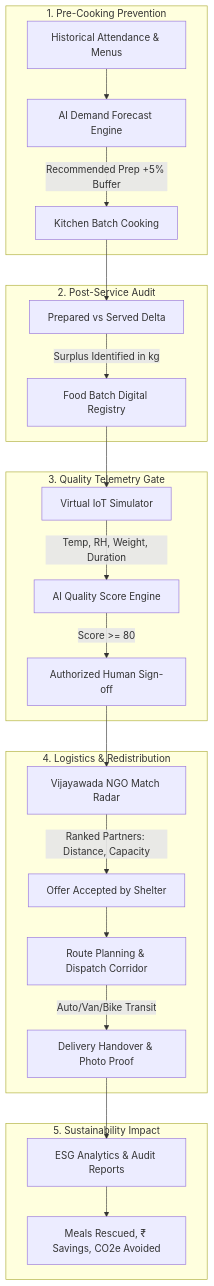
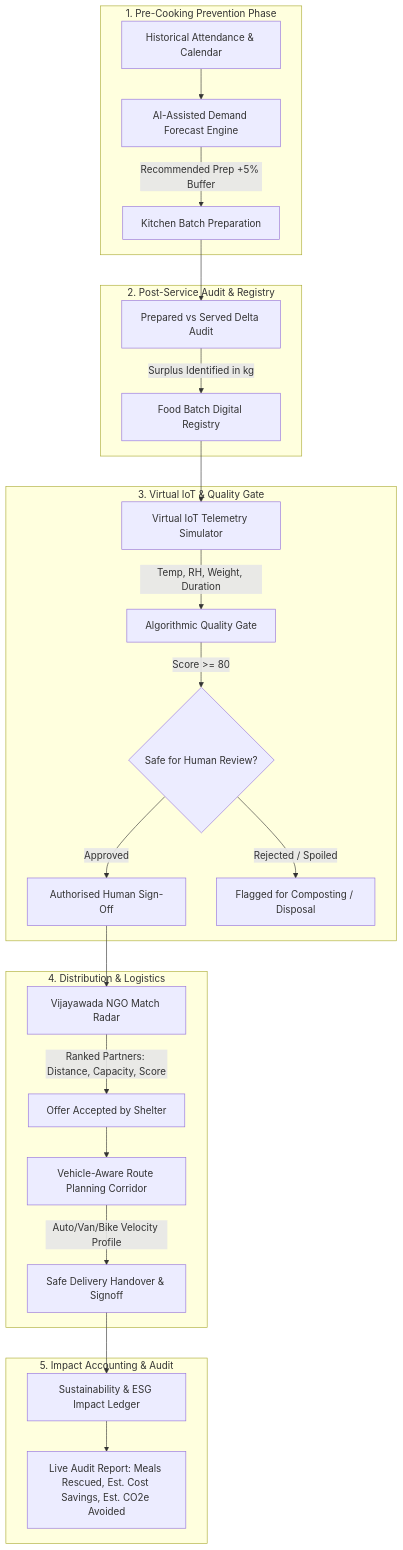
Before and after one commit to mahammedsathyala/SmartFood-Rescue-AI_SIH_2026: the diagram in README.md, drawn with Mermaid. The commit also changed other lines of this file and 18 other files, not shown here.

Commit message:
feat: align formulas, audit safety claims, and expand architecture in README

````diff
--- a/README.md
+++ b/README.md
@@ -56,30 +110,32 @@
 ```mermaid
 flowchart TD
-    subgraph STAGE1[1. Pre-Cooking Prevention]
-        A[Historical Attendance & Menus] --> B[AI Demand Forecast Engine]
-        B -->|Recommended Prep +5% Buffer| C[Kitchen Batch Cooking]
+    subgraph TIER1[1. Pre-Cooking Prevention Phase]
+        A[Historical Attendance & Calendar] --> B[AI-Assisted Demand Forecast Engine]
+        B -->|Recommended Prep +5% Buffer| C[Kitchen Batch Preparation]
     end
 
-    subgraph STAGE2[2. Post-Service Audit]
-        C --> D[Prepared vs Served Delta]
+    subgraph TIER2[2. Post-Service Audit & Registry]
+        C --> D[Prepared vs Served Delta Audit]
         D -->|Surplus Identified in kg| E[Food Batch Digital Registry]
     end
 
-    subgraph STAGE3[3. Quality Telemetry Gate]
-        E --> F[Virtual IoT Simulator]
-        F -->|Temp, RH, Weight, Duration| G[AI Quality Score Engine]
-        G -->|Score >= 80| H[Authorized Human Sign-off]
+    subgraph TIER3[3. Virtual IoT & Quality Gate]
+        E --> F[Virtual IoT Telemetry Simulator]
+        F -->|Temp, RH, Weight, Duration| G[Algorithmic Quality Gate]
+        G -->|Score >= 80| H{Safe for Human Review?}
+        H -->|Approved| I[Authorised Human Sign-Off]
+        H -->|Rejected / Spoiled| J[Flagged for Composting / Disposal]
     end
 
-    subgraph STAGE4[4. Logistics & Redistribution]
-        H --> I[Vijayawada NGO Match Radar]
-        I -->|Ranked Partners: Distance, Capacity| J[Offer Accepted by Shelter]
-        J --> K[Route Planning & Dispatch Corridor]
-        K -->|Auto/Van/Bike Transit| L[Delivery Handover & Photo Proof]
+    subgraph TIER4[4. Distribution & Logistics]
+        I --> K[Vijayawada NGO Match Radar]
+        K -->|Ranked Partners: Distance, Capacity, Score| L[Offer Accepted by Shelter]
+        L --> M[Vehicle-Aware Route Planning Corridor]
+        M -->|Auto/Van/Bike Velocity Profile| N[Safe Delivery Handover & Signoff]
     end
 
-    subgraph STAGE5[5. Sustainability Impact]
-        L --> M[ESG Analytics & Audit Reports]
-        M --> N[Meals Rescued, ₹ Savings, CO2e Avoided]
+    subgraph TIER5[5. Impact Accounting & Audit]
+        N --> O[Sustainability & ESG Impact Ledger]
+        O --> P[Live Audit Report: Meals Rescued, Est. Cost Savings, Est. CO2e Avoided]
     end
 ```
````
